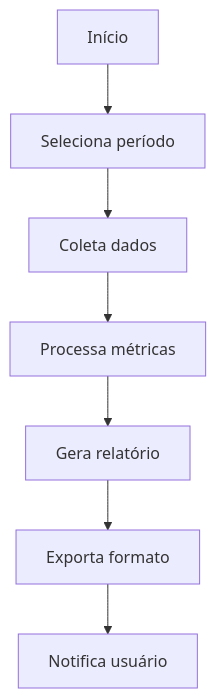
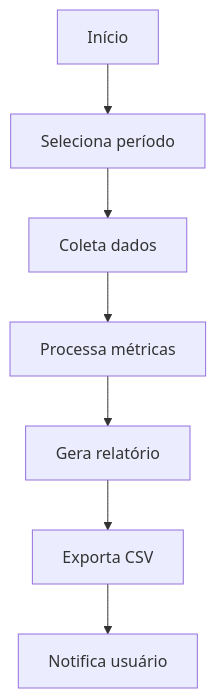
One commit to rickparra/HydroBattery changed the fourth of 4 diagrams in README.md. Above: the diagram before and after it, drawn with Mermaid. The commit also changed other lines of this file, not shown here.

````diff
--- a/README.md
+++ b/README.md
@@ -158,9 +130,9 @@
 ```mermaid
 graph TD
     A[Início] --> B[Seleciona período]
     B --> C[Coleta dados]
     C --> D[Processa métricas]
     D --> E[Gera relatório]
-    E --> F[Exporta formato]
+    E --> F[Exporta CSV]
     F --> G[Notifica usuário]
 ```
````
